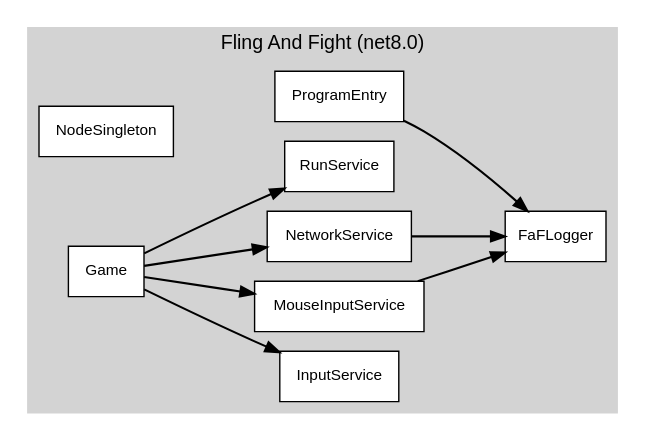
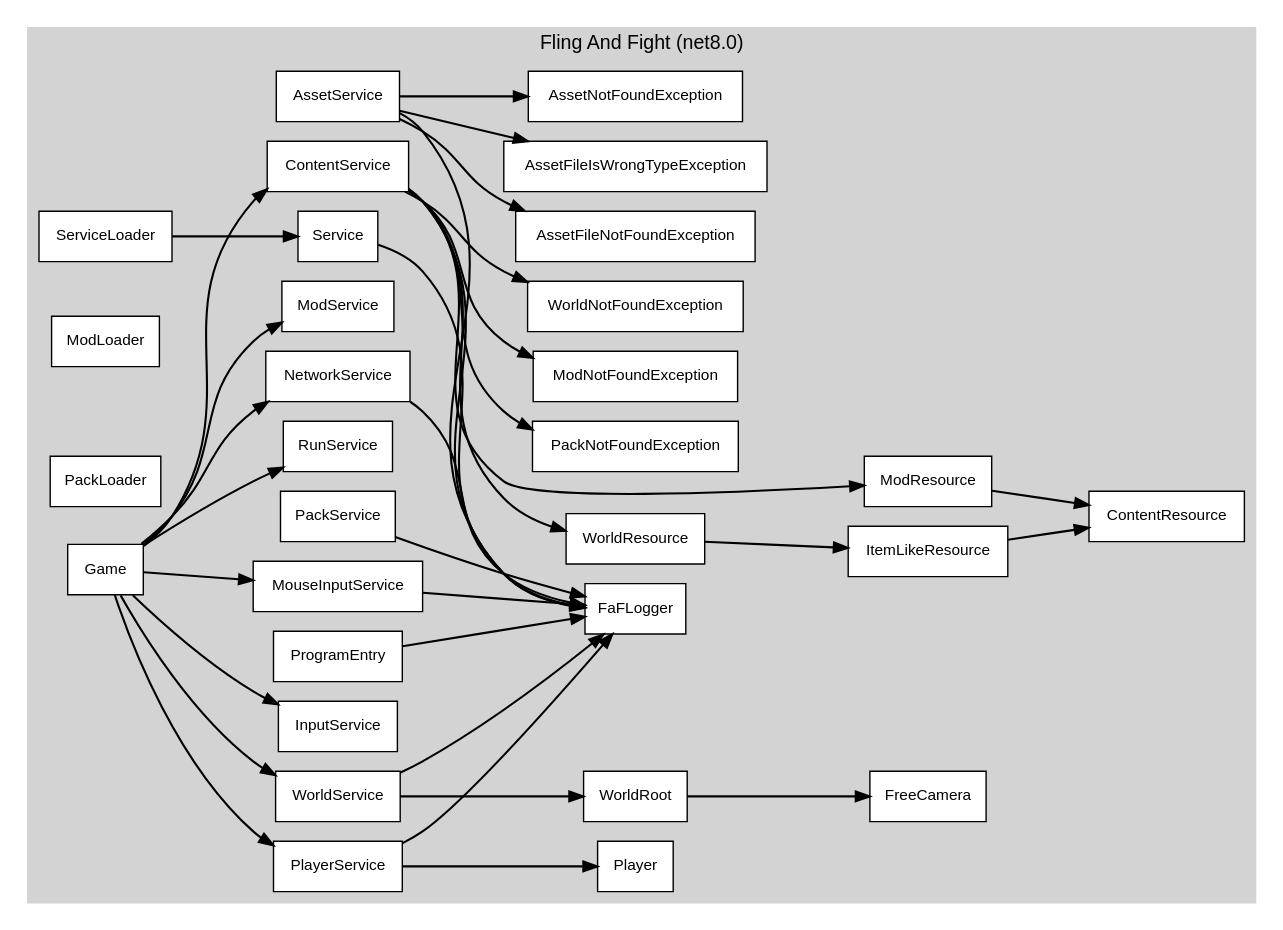
The diagram in FaF-GODOT/class-dependency-graph.dot (Nikaxe-dev/Fling-And-Fight), drawn with Graphviz before and after one commit. The commit also changed 64 other files, not shown here.

First line of the commit message:
feat: ServiceLoader, FileSystem Wrapper, ContentResource, ContentService, AssetService, PackService, ModService, ContentResourceLoader (JSON), MapRoot, etc

```diff
--- a/FaF-GODOT/class-dependency-graph.dot
+++ b/FaF-GODOT/class-dependency-graph.dot
@@ -1,28 +1,75 @@
 digraph CSharpDependencies {
   graph [rankdir=LR, fontname="Helvetica", fontsize=14, splines=sprite, overlap=false, nodesep=0.2, ranksep=0.8];
   node [shape=box, style=filled, fillcolor=lightblue, fontname="Helvetica", fontsize=11];
   edge [fontname="Helvetica", fontsize=9];
 
   subgraph "cluster_Fling And Fight" {
     label="Fling And Fight (net8.0)";
     style="filled";
     color="lightgray";
 
     "Fling And Fight.FaFLogger" [label="FaFLogger", fillcolor=white, tooltip="FaF.Debug.FaFLogger"];
-    "Fling And Fight.NodeSingleton" [label="NodeSingleton", fillcolor=white, tooltip="FaF.NodeSingleton"];
     "Fling And Fight.ProgramEntry" [label="ProgramEntry", fillcolor=white, tooltip="FaF.ProgramEntry"];
+    "Fling And Fight.AssetService" [label="AssetService", fillcolor=white, tooltip="FaF.Services.Content.AssetService"];
+    "Fling And Fight.AssetNotFoundException" [label="AssetNotFoundException", fillcolor=white, tooltip="FaF.Services.Content.AssetNotFoundException"];
+    "Fling And Fight.AssetFileNotFoundException" [label="AssetFileNotFoundException", fillcolor=white, tooltip="FaF.Services.Content.AssetFileNotFoundException"];
+    "Fling And Fight.AssetFileIsWrongTypeException" [label="AssetFileIsWrongTypeException", fillcolor=white, tooltip="FaF.Services.Content.AssetFileIsWrongTypeException"];
+    "Fling And Fight.ContentService" [label="ContentService", fillcolor=white, tooltip="FaF.Services.Content.ContentService"];
+    "Fling And Fight.PackNotFoundException" [label="PackNotFoundException", fillcolor=white, tooltip="FaF.Services.Content.PackNotFoundException"];
+    "Fling And Fight.ModNotFoundException" [label="ModNotFoundException", fillcolor=white, tooltip="FaF.Services.Content.ModNotFoundException"];
+    "Fling And Fight.WorldNotFoundException" [label="WorldNotFoundException", fillcolor=white, tooltip="FaF.Services.Content.WorldNotFoundException"];
+    "Fling And Fight.ContentResource" [label="ContentResource", fillcolor=white, tooltip="FaF.Services.Content.Resources.ContentResource"];
+    "Fling And Fight.ItemLikeResource" [label="ItemLikeResource", fillcolor=white, tooltip="FaF.Services.Content.Resources.ItemLikeResource"];
+    "Fling And Fight.ModResource" [label="ModResource", fillcolor=white, tooltip="FaF.Services.Content.Resources.ModResource"];
+    "Fling And Fight.WorldResource" [label="WorldResource", fillcolor=white, tooltip="FaF.Services.Content.Resources.WorldResource"];
     "Fling And Fight.Game" [label="Game", fillcolor=white, tooltip="FaF.Services.Game"];
-    "Fling And Fight.InputService" [label="InputService", fillcolor=white, tooltip="FaF.Services.InputService"];
-    "Fling And Fight.MouseInputService" [label="MouseInputService", fillcolor=white, tooltip="FaF.Services.MouseInputService"];
-    "Fling And Fight.NetworkService" [label="NetworkService", fillcolor=white, tooltip="FaF.Services.NetworkService"];
-    "Fling And Fight.RunService" [label="RunService", fillcolor=white, tooltip="FaF.Services.RunService"];
+    "Fling And Fight.NetworkService" [label="NetworkService", fillcolor=white, tooltip="FaF.Services.Lifecycle.NetworkService"];
+    "Fling And Fight.RunService" [label="RunService", fillcolor=white, tooltip="FaF.Services.Lifecycle.RunService"];
+    "Fling And Fight.ModLoader" [label="ModLoader", fillcolor=white, tooltip="FaF.Services.Modding.ModLoaders.ModLoader"];
+    "Fling And Fight.ModService" [label="ModService", fillcolor=white, tooltip="FaF.Services.Modding.ModService"];
+    "Fling And Fight.PackLoader" [label="PackLoader", fillcolor=white, tooltip="FaF.Services.Modding.PackLoaders.PackLoader"];
+    "Fling And Fight.PackService" [label="PackService", fillcolor=white, tooltip="FaF.Services.Modding.PackService"];
+    "Fling And Fight.Service" [label="Service", fillcolor=white, tooltip="FaF.Services.Service"];
+    "Fling And Fight.ServiceLoader" [label="ServiceLoader", fillcolor=white, tooltip="FaF.Services.ServiceLoader"];
+    "Fling And Fight.InputService" [label="InputService", fillcolor=white, tooltip="FaF.Services.UserInput.InputService"];
+    "Fling And Fight.MouseInputService" [label="MouseInputService", fillcolor=white, tooltip="FaF.Services.UserInput.MouseInputService"];
+    "Fling And Fight.Player" [label="Player", fillcolor=white, tooltip="FaF.Services.World.Player"];
+    "Fling And Fight.PlayerService" [label="PlayerService", fillcolor=white, tooltip="FaF.Services.World.PlayerService"];
+    "Fling And Fight.WorldRoot" [label="WorldRoot", fillcolor=white, tooltip="FaF.Services.World.WorldRoot"];
+    "Fling And Fight.WorldService" [label="WorldService", fillcolor=white, tooltip="FaF.Services.World.WorldService"];
+    "Fling And Fight.FreeCamera" [label="FreeCamera", fillcolor=white, tooltip="FaF.Visuals.Camera.FreeCamera"];
   }
 
   "Fling And Fight.ProgramEntry" -> "Fling And Fight.FaFLogger" [penwidth=1.5];
+  "Fling And Fight.AssetService" -> "Fling And Fight.AssetNotFoundException" [penwidth=1.5];
+  "Fling And Fight.AssetService" -> "Fling And Fight.AssetFileIsWrongTypeException" [penwidth=1.5];
+  "Fling And Fight.AssetService" -> "Fling And Fight.AssetFileNotFoundException" [penwidth=1.5];
+  "Fling And Fight.AssetService" -> "Fling And Fight.FaFLogger" [penwidth=1.5];
+  "Fling And Fight.ContentService" -> "Fling And Fight.PackNotFoundException" [penwidth=1.5];
+  "Fling And Fight.ContentService" -> "Fling And Fight.ModNotFoundException" [penwidth=1.5];
+  "Fling And Fight.ContentService" -> "Fling And Fight.WorldNotFoundException" [penwidth=1.5];
+  "Fling And Fight.ContentService" -> "Fling And Fight.FaFLogger" [penwidth=1.5];
+  "Fling And Fight.ContentService" -> "Fling And Fight.ModResource" [penwidth=1.5];
+  "Fling And Fight.ContentService" -> "Fling And Fight.WorldResource" [penwidth=1.5];
+  "Fling And Fight.ItemLikeResource" -> "Fling And Fight.ContentResource" [penwidth=1.5];
+  "Fling And Fight.ModResource" -> "Fling And Fight.ContentResource" [penwidth=1.5];
+  "Fling And Fight.WorldResource" -> "Fling And Fight.ItemLikeResource" [penwidth=1.5];
   "Fling And Fight.Game" -> "Fling And Fight.NetworkService" [penwidth=1.5];
   "Fling And Fight.Game" -> "Fling And Fight.InputService" [penwidth=1.5];
   "Fling And Fight.Game" -> "Fling And Fight.MouseInputService" [penwidth=1.5];
   "Fling And Fight.Game" -> "Fling And Fight.RunService" [penwidth=1.5];
+  "Fling And Fight.Game" -> "Fling And Fight.WorldService" [penwidth=1.5];
+  "Fling And Fight.Game" -> "Fling And Fight.PlayerService" [penwidth=1.5];
+  "Fling And Fight.Game" -> "Fling And Fight.ModService" [penwidth=1.5];
+  "Fling And Fight.Game" -> "Fling And Fight.ContentService" [penwidth=1.5];
+  "Fling And Fight.NetworkService" -> "Fling And Fight.FaFLogger" [penwidth=1.5];
+  "Fling And Fight.PackService" -> "Fling And Fight.FaFLogger" [penwidth=1.5];
+  "Fling And Fight.Service" -> "Fling And Fight.FaFLogger" [penwidth=1.5];
+  "Fling And Fight.ServiceLoader" -> "Fling And Fight.Service" [penwidth=1.5];
   "Fling And Fight.MouseInputService" -> "Fling And Fight.FaFLogger" [penwidth=1.5];
-  "Fling And Fight.NetworkService" -> "Fling And Fight.FaFLogger" [penwidth=1.5];
+  "Fling And Fight.PlayerService" -> "Fling And Fight.FaFLogger" [penwidth=1.5];
+  "Fling And Fight.PlayerService" -> "Fling And Fight.Player" [penwidth=1.5];
+  "Fling And Fight.WorldRoot" -> "Fling And Fight.FreeCamera" [penwidth=1.5];
+  "Fling And Fight.WorldService" -> "Fling And Fight.FaFLogger" [penwidth=1.5];
+  "Fling And Fight.WorldService" -> "Fling And Fight.WorldRoot" [penwidth=1.5];
 }
```
